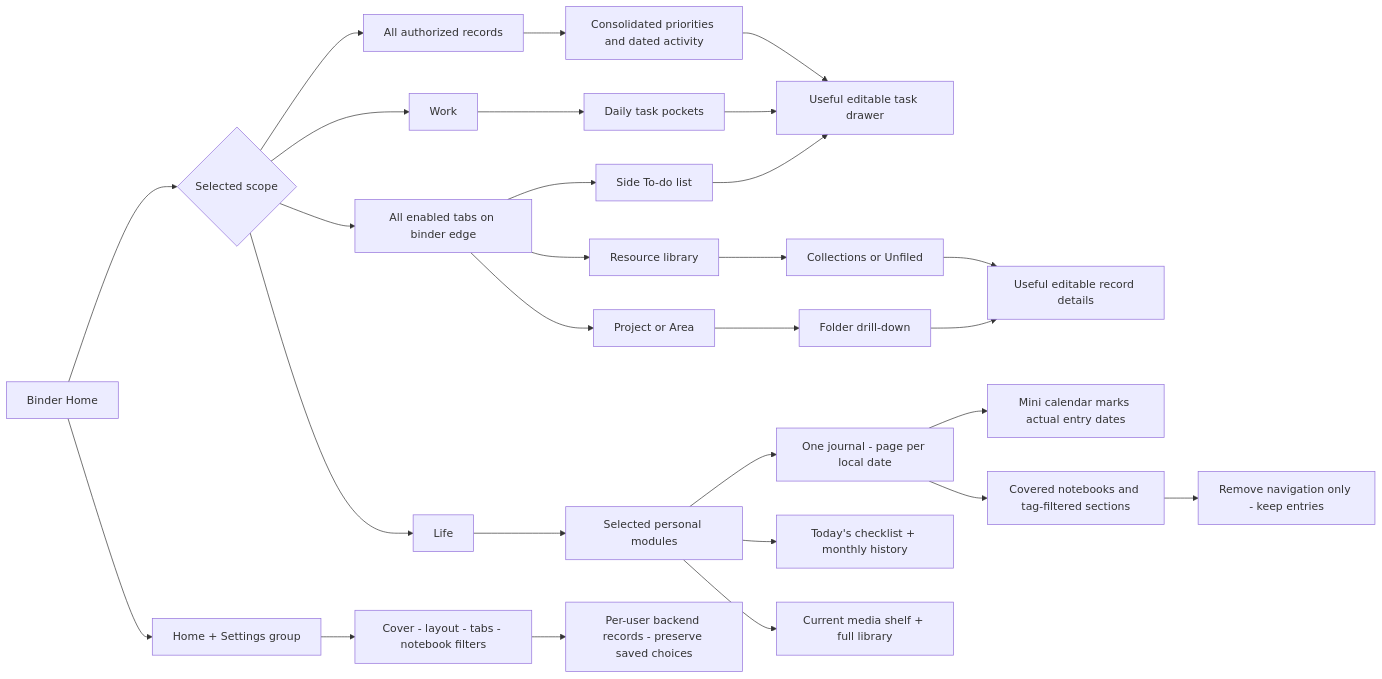
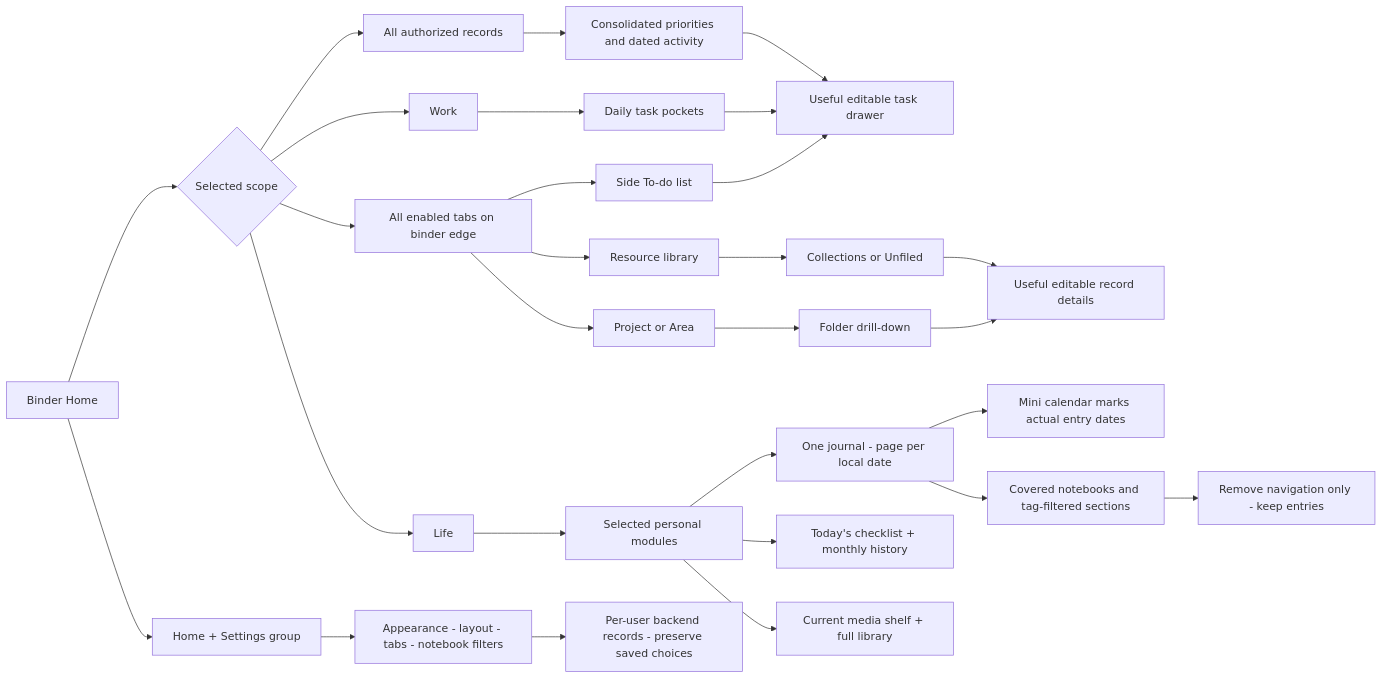
The diagram in diagrams/02-navigation.mmd (asymetryk/trapper-keeper-starter), drawn with Mermaid before and after one commit. The commit also changed 37 other files, not shown here.

```diff
--- a/diagrams/02-navigation.mmd
+++ b/diagrams/02-navigation.mmd
@@ -1,28 +1,28 @@
 flowchart LR
   Home[Binder Home] --> Mode{Selected scope}
   Mode --> W[Work]
   Mode --> L[Life]
   Mode --> U[All authorized records]
   W --> Daily[Daily task pockets]
   Home --> Tools[Home + Settings group]
-  Tools --> Config[Cover - layout - tabs - notebook filters]
+  Tools --> Config[Appearance - layout - tabs - notebook filters]
   Mode --> Tabs[All enabled tabs on binder edge]
   Tabs --> Todo[Side To-do list]
   Todo --> TaskDetail[Useful editable task drawer]
   L --> Personal[Selected personal modules]
   U --> Focus[Consolidated priorities and dated activity]
   Tabs --> Project[Project or Area]
   Project --> Folder[Folder drill-down]
   Folder --> Detail[Useful editable record details]
   Daily --> TaskDetail
   Focus --> TaskDetail
   Tabs --> Resource[Resource library]
   Resource --> Collection[Collections or Unfiled]
   Collection --> Detail
   Personal --> Journal[One journal - page per local date]
   Journal --> Calendar[Mini calendar marks actual entry dates]
   Journal --> Notebooks[Covered notebooks and tag-filtered sections]
   Notebooks --> Remove[Remove navigation only - keep entries]
   Personal --> Habits[Today's checklist + monthly history]
   Personal --> Media[Current media shelf + full library]
   Config --> Persist[Per-user backend records - preserve saved choices]
```
